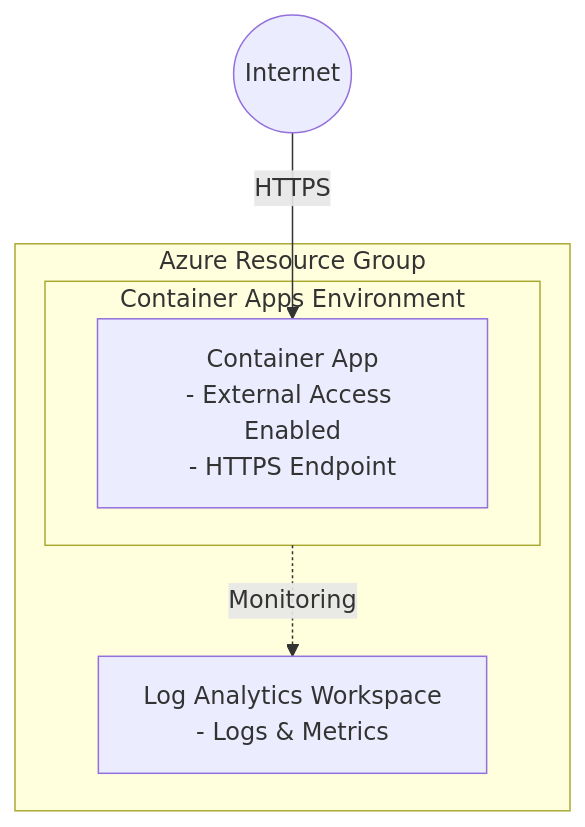
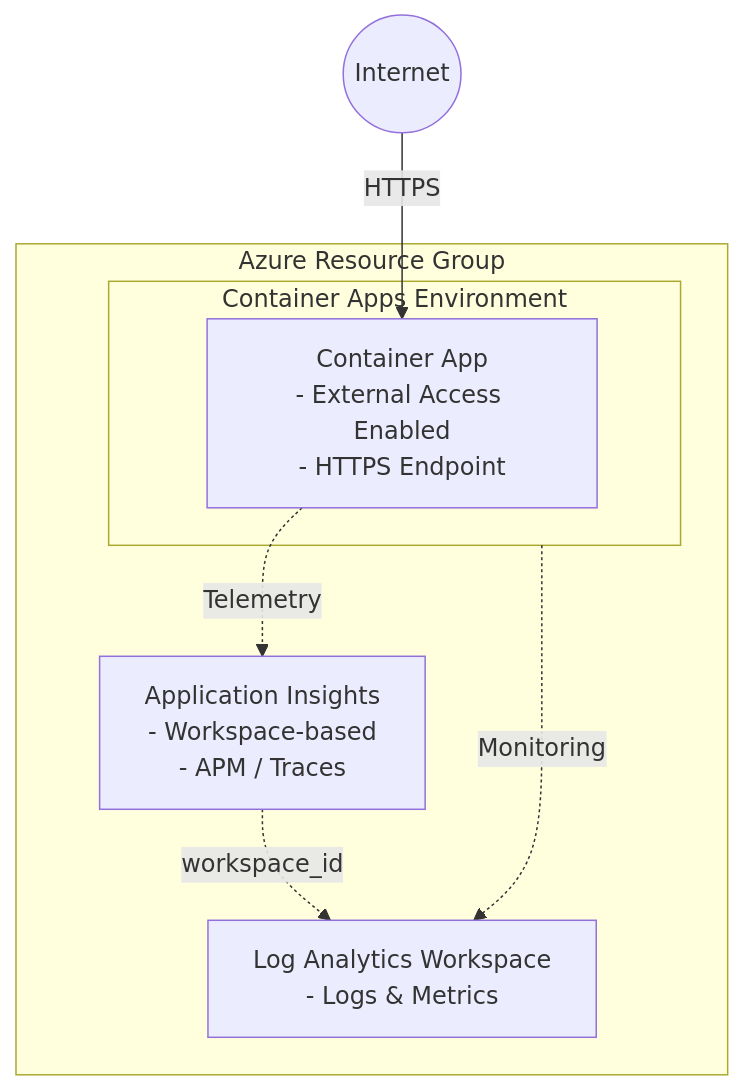
One commit to ks6088ts/template-terraform changed the diagram in infra/scenarios/azure_container_apps/README.md. Above: the diagram before and after it, drawn with Mermaid. The commit also changed other lines of this file and 7 other files, not shown here.

Commit message:
feat(terraform): add Application Insights module for container apps scenario

````diff
--- a/infra/scenarios/azure_container_apps/README.md
+++ b/infra/scenarios/azure_container_apps/README.md
@@ -22,14 +23,17 @@
 ```mermaid
 flowchart TB
     Internet((Internet))
 
     subgraph Azure["Azure Resource Group"]
         subgraph CAE["Container Apps Environment"]
             CA["Container App<br/>- External Access Enabled<br/>- HTTPS Endpoint"]
         end
         LAW["Log Analytics Workspace<br/>- Logs & Metrics"]
+        APPI["Application Insights<br/>- Workspace-based<br/>- APM / Traces"]
     end
 
     Internet -->|HTTPS| CA
     CAE -.->|Monitoring| LAW
+    APPI -.->|workspace_id| LAW
+    CA -.->|Telemetry| APPI
 ```
````
